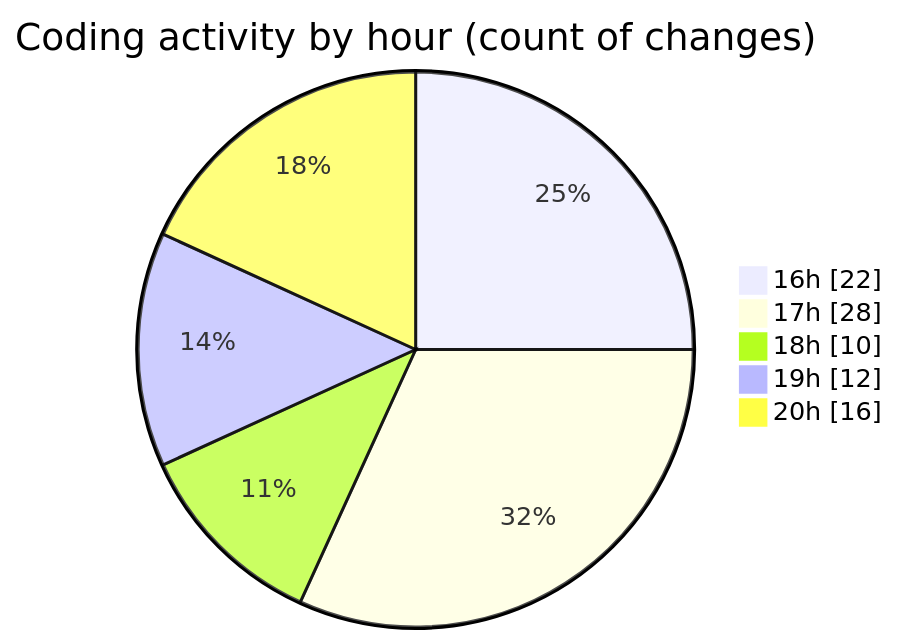
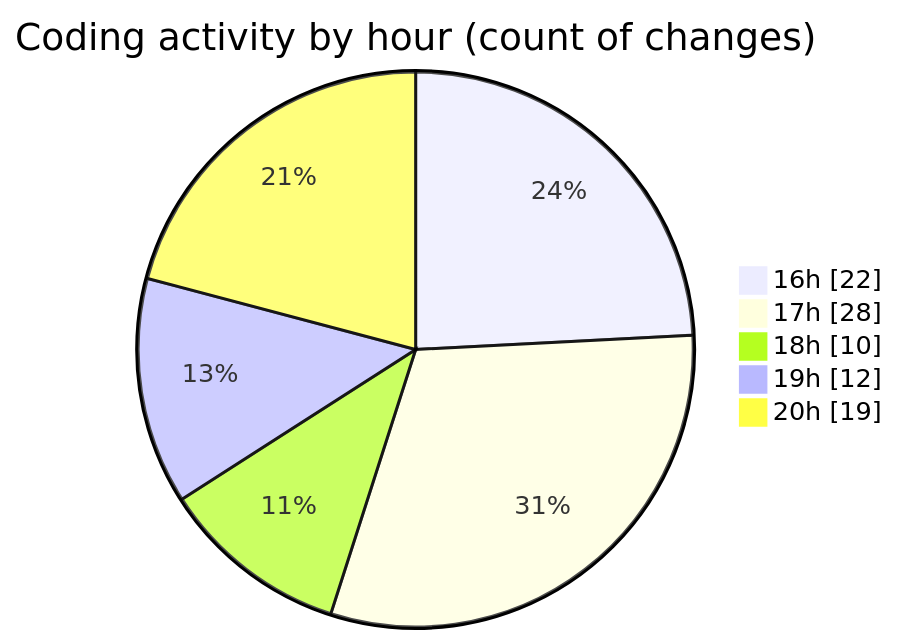
Before and after one commit to becaeroporto-bot/code-tracking: the second of 2 diagrams in 2026-02-17/bot_v1_2/README.md, drawn with Mermaid. The commit also changed other lines of this file and 1 other file, not shown here.

````diff
--- a/2026-02-17/bot_v1_2/README.md
+++ b/2026-02-17/bot_v1_2/README.md
@@ -52,9 +52,9 @@
 ```mermaid
 pie showData
 title Coding activity by hour (count of changes)
 "16h" : 22
 "17h" : 28
 "18h" : 10
 "19h" : 12
-"20h" : 16
+"20h" : 19
 ```
````
